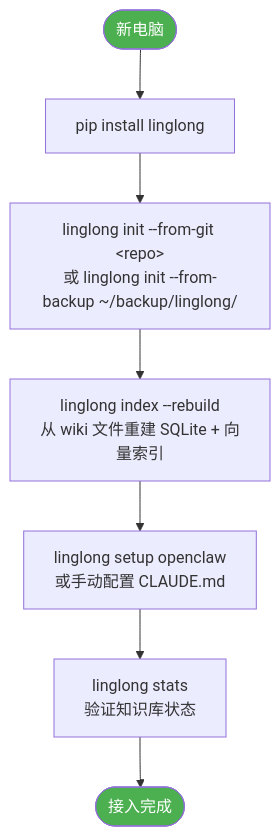
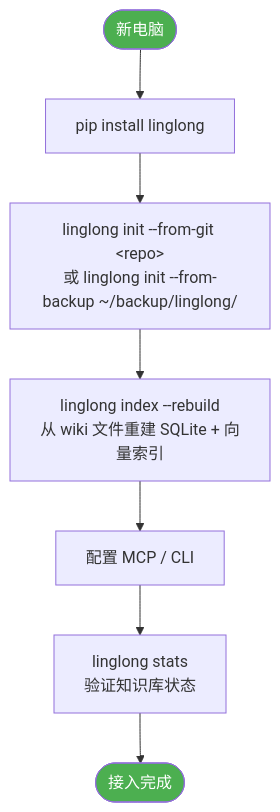
The second of 2 diagrams in docs/knowledge/design/06-agent-integration.md (xinovate/linglong-knowledge), drawn with Mermaid before and after one commit. The commit also changed other lines of this file and 10 other files, not shown here.

````diff
--- a/docs/knowledge/design/06-agent-integration.md
+++ b/docs/knowledge/design/06-agent-integration.md
@@ -291,12 +160,12 @@
 ```mermaid
 flowchart TD
     Start([新电脑]) --> Install["pip install linglong"]
     Install --> Init["linglong init --from-git &lt;repo&gt;<br/>或 linglong init --from-backup ~/backup/linglong/"]
     Init --> Rebuild["linglong index --rebuild<br/>从 wiki 文件重建 SQLite + 向量索引"]
-    Rebuild --> Setup["linglong setup openclaw<br/>或手动配置 CLAUDE.md"]
+    Rebuild --> Setup["配置 MCP / CLI"]
     Setup --> Verify["linglong stats<br/>验证知识库状态"]
     Verify --> Done([接入完成])
 
     style Start fill:#4CAF50,color:#fff
     style Done fill:#4CAF50,color:#fff
 ```
````
